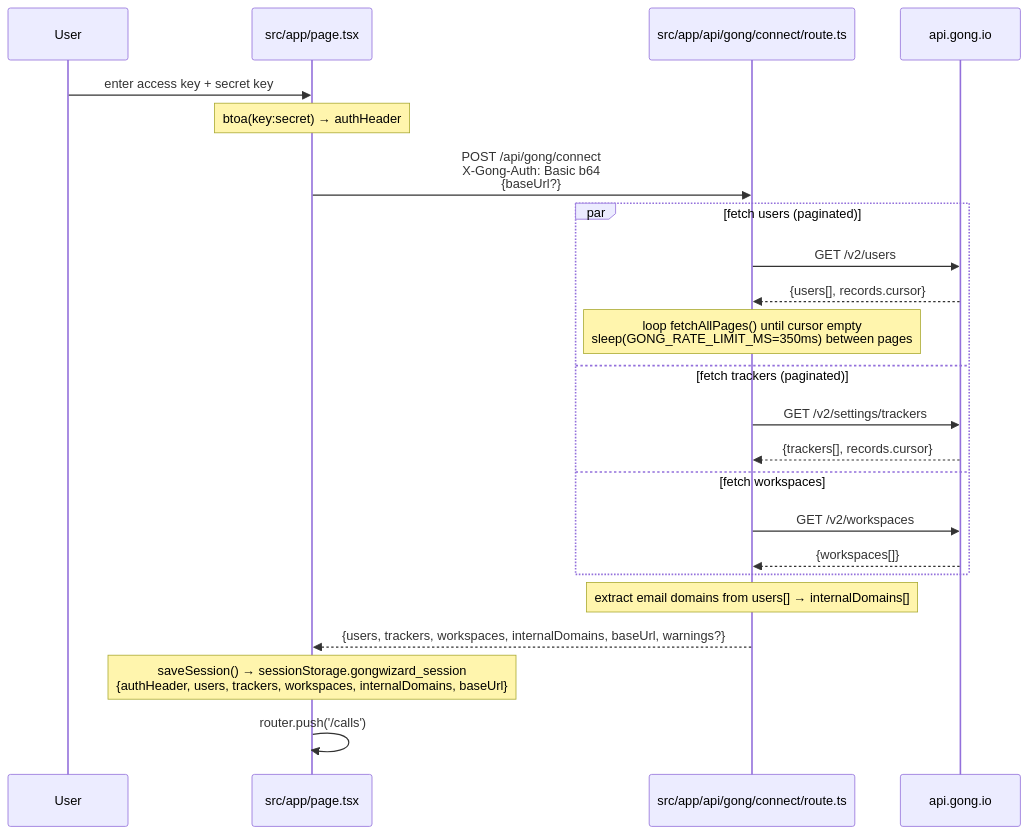
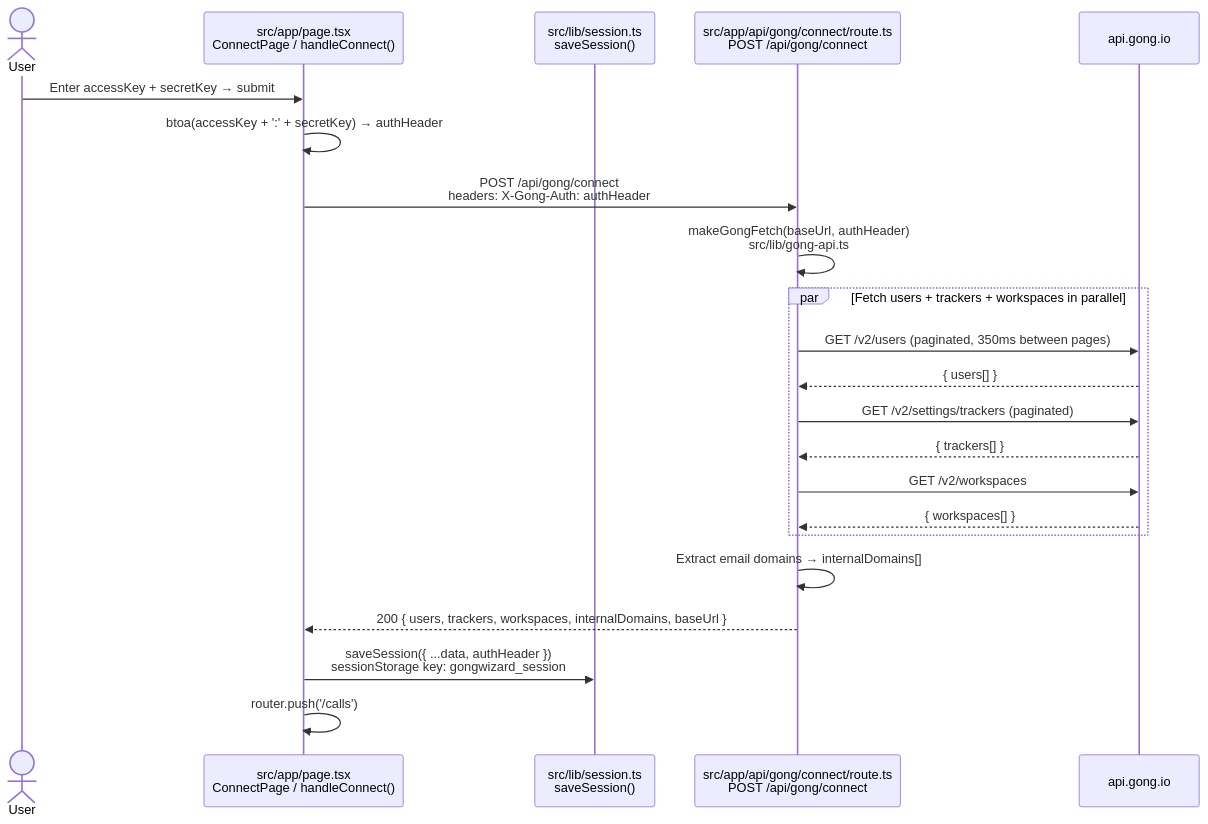
Before and after one commit to forrestmill-cmd/gongwizard: the second of 5 diagrams in docs/generated/data-flows.md, drawn with Mermaid. The commit also changed other lines of this file and 9 other files, not shown here.

````diff
--- a/docs/generated/data-flows.md
+++ b/docs/generated/data-flows.md
@@ -67,29 +58,29 @@
 ```mermaid
 sequenceDiagram
-    participant User
-    participant HomePage as src/app/page.tsx
-    participant ConnectAPI as src/app/api/gong/connect/route.ts
+    actor User
+    participant ConnectPage as src/app/page.tsx<br/>ConnectPage / handleConnect()
+    participant SessionLib as src/lib/session.ts<br/>saveSession()
+    participant ConnectAPI as src/app/api/gong/connect/route.ts<br/>POST /api/gong/connect
     participant GongAPI as api.gong.io
 
-    User->>HomePage: enter access key + secret key
-    Note over HomePage: btoa(key:secret) → authHeader
-    HomePage->>ConnectAPI: POST /api/gong/connect<br/>X-Gong-Auth: Basic b64<br/>{baseUrl?}
+    User->>ConnectPage: Enter accessKey + secretKey → submit
+    ConnectPage->>ConnectPage: btoa(accessKey + ':' + secretKey) → authHeader
+    ConnectPage->>ConnectAPI: POST /api/gong/connect<br/>headers: X-Gong-Auth: authHeader
 
-    par fetch users (paginated)
-        ConnectAPI->>GongAPI: GET /v2/users
-        GongAPI-->>ConnectAPI: {users[], records.cursor}
-        Note over ConnectAPI: loop fetchAllPages() until cursor empty<br/>sleep(GONG_RATE_LIMIT_MS=350ms) between pages
-    and fetch trackers (paginated)
-        ConnectAPI->>GongAPI: GET /v2/settings/trackers
-        GongAPI-->>ConnectAPI: {trackers[], records.cursor}
-    and fetch workspaces
+    ConnectAPI->>ConnectAPI: makeGongFetch(baseUrl, authHeader)<br/>src/lib/gong-api.ts
+
+    par Fetch users + trackers + workspaces in parallel
+        ConnectAPI->>GongAPI: GET /v2/users (paginated, 350ms between pages)
+        GongAPI-->>ConnectAPI: { users[] }
+        ConnectAPI->>GongAPI: GET /v2/settings/trackers (paginated)
+        GongAPI-->>ConnectAPI: { trackers[] }
         ConnectAPI->>GongAPI: GET /v2/workspaces
-        GongAPI-->>ConnectAPI: {workspaces[]}
+        GongAPI-->>ConnectAPI: { workspaces[] }
     end
 
-    Note over ConnectAPI: extract email domains from users[] → internalDomains[]
-    ConnectAPI-->>HomePage: {users, trackers, workspaces, internalDomains, baseUrl, warnings?}
+    ConnectAPI->>ConnectAPI: Extract email domains → internalDomains[]
+    ConnectAPI-->>ConnectPage: 200 { users, trackers, workspaces, internalDomains, baseUrl }
 
-    Note over HomePage: saveSession() → sessionStorage.gongwizard_session<br/>{authHeader, users, trackers, workspaces, internalDomains, baseUrl}
-    HomePage->>HomePage: router.push('/calls')
+    ConnectPage->>SessionLib: saveSession({ ...data, authHeader })<br/>sessionStorage key: gongwizard_session
+    ConnectPage->>ConnectPage: router.push('/calls')
 ```
````
